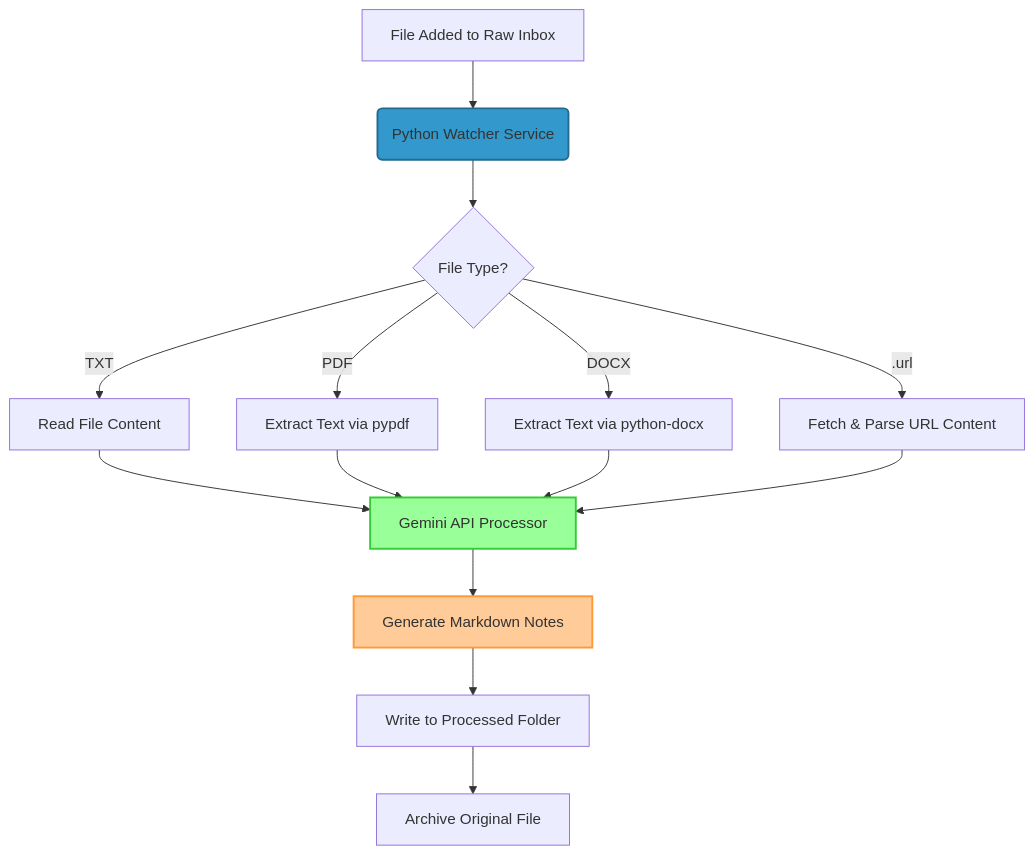
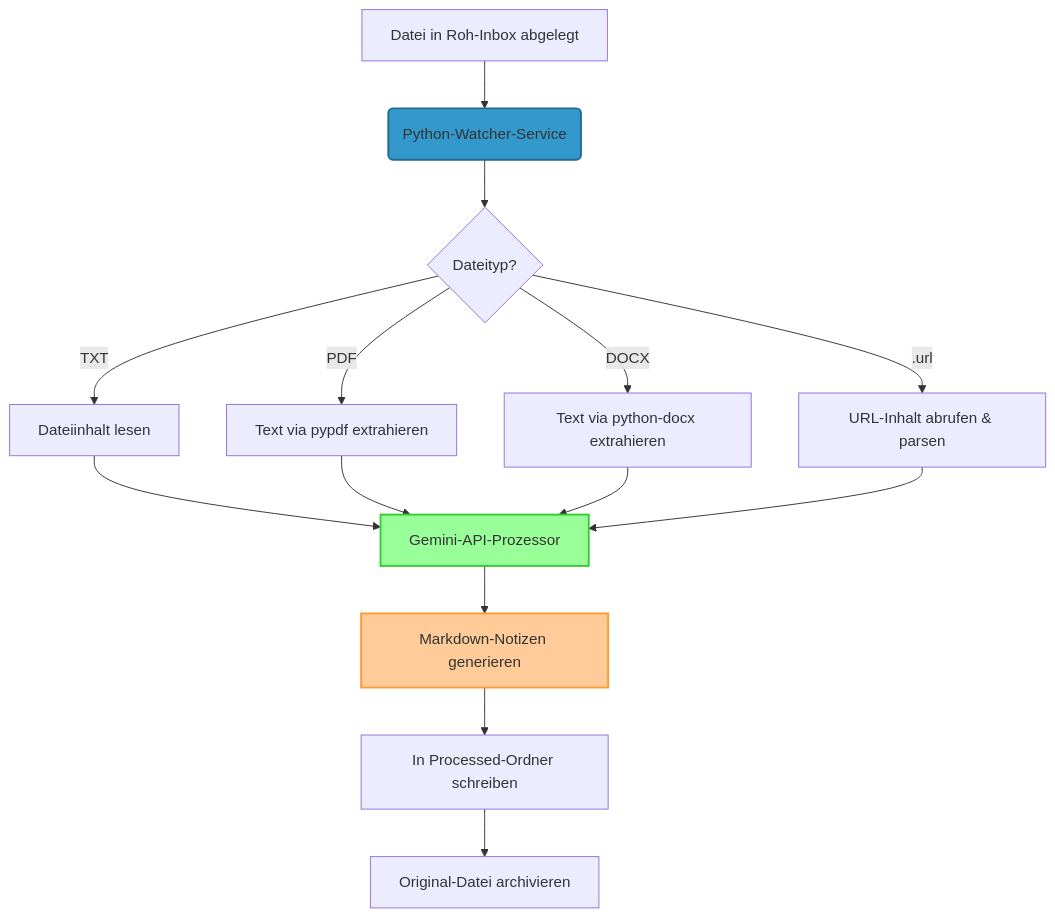
One commit to charlieLucke/obsidian-inbox-watcher changed the diagram in docs/ai/ARCHITECTURE.md. Above: the diagram before and after it, drawn with Mermaid. The commit also changed other lines of this file and 19 other files, not shown here.

````diff
--- a/docs/ai/ARCHITECTURE.md
+++ b/docs/ai/ARCHITECTURE.md
@@ -9,19 +9,19 @@
 ```mermaid
 graph TD
-    A[File Added to Raw Inbox] --> B(Python Watcher Service)
-    B --> C{File Type?}
-    C -- TXT --> D[Read File Content]
-    C -- PDF --> E[Extract Text via pypdf]
-    C -- DOCX --> F[Extract Text via python-docx]
-    C -- .url --> G[Fetch & Parse URL Content]
-    D --> H[Gemini API Processor]
+    A[Datei in Roh-Inbox abgelegt] --> B(Python-Watcher-Service)
+    B --> C{Dateityp?}
+    C -- TXT --> D[Dateiinhalt lesen]
+    C -- PDF --> E[Text via pypdf extrahieren]
+    C -- DOCX --> F[Text via python-docx extrahieren]
+    C -- .url --> G[URL-Inhalt abrufen & parsen]
+    D --> H[Gemini-API-Prozessor]
     E --> H
     F --> H
     G --> H
-    H --> I[Generate Markdown Notes]
-    I --> J[Write to Processed Folder]
-    J --> K[Archive Original File]
+    H --> I[Markdown-Notizen generieren]
+    I --> J[In Processed-Ordner schreiben]
+    J --> K[Original-Datei archivieren]
     style B fill:#3399cc,stroke:#236b8e,stroke-width:2px;
     style H fill:#99ff99,stroke:#33cc33,stroke-width:2px;
     style I fill:#ffcc99,stroke:#ff9933,stroke-width:2px;
 ```
````
